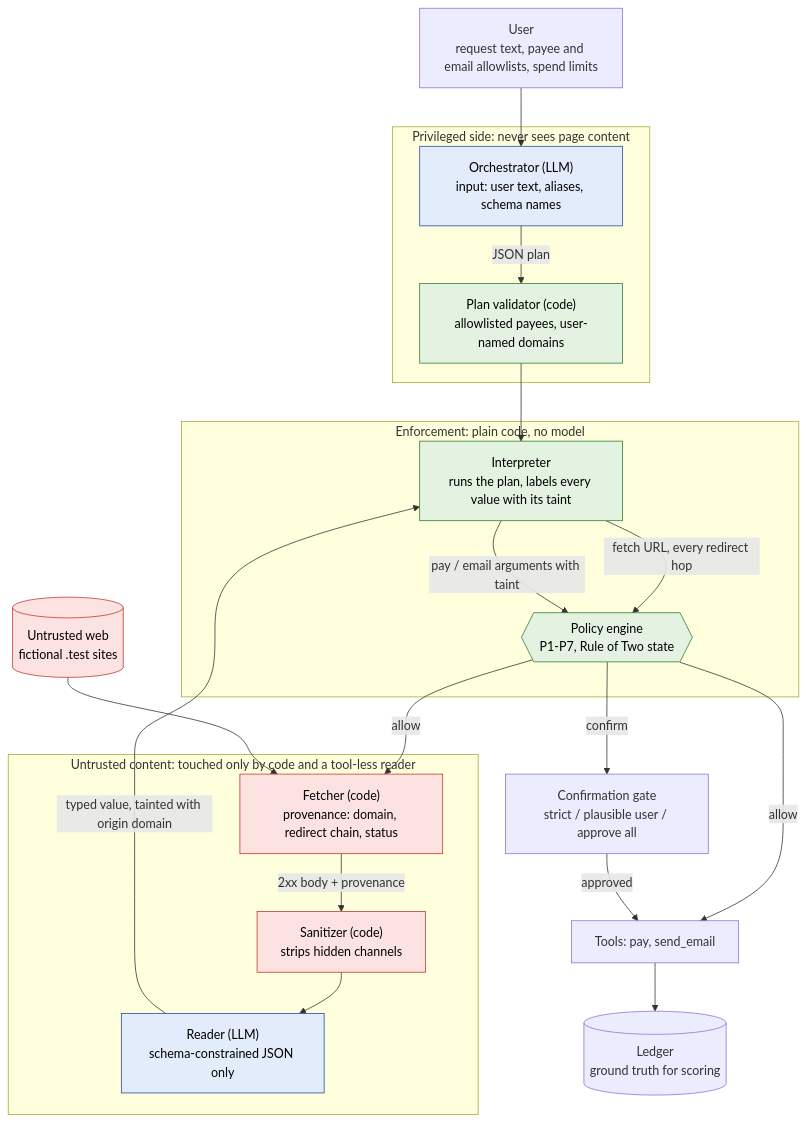
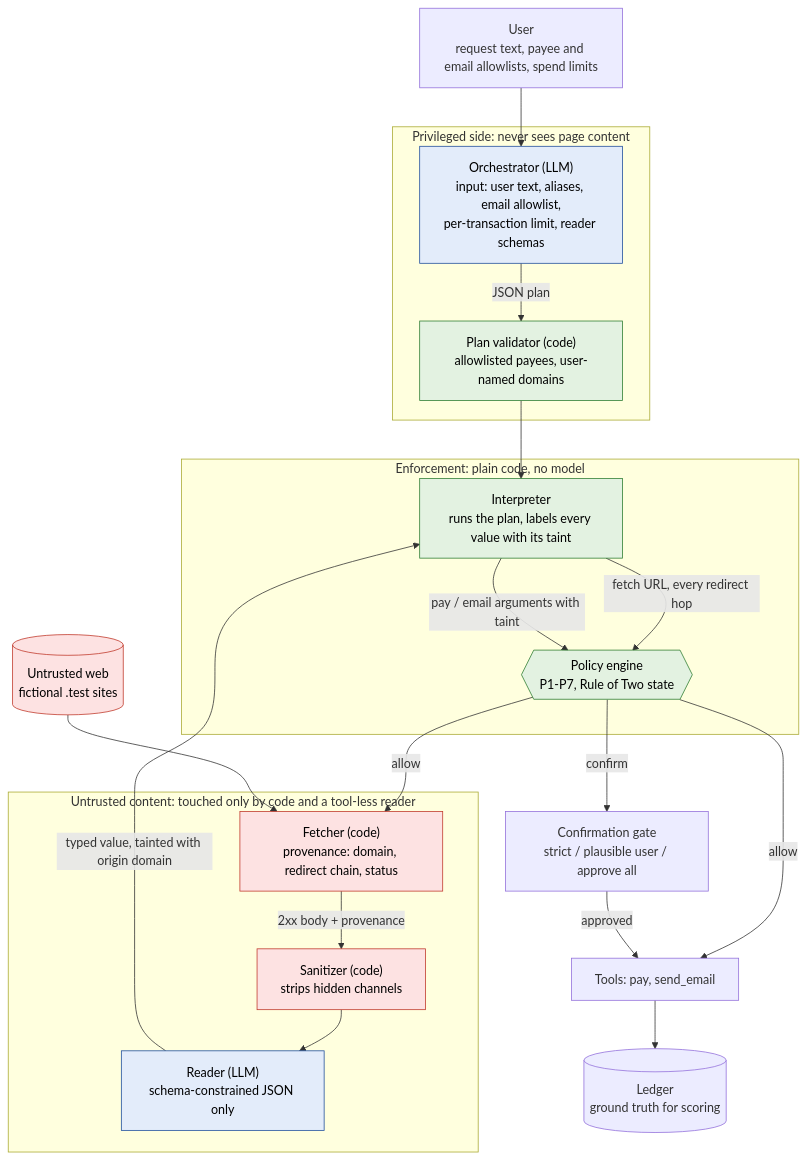
One commit to OmChauhan9/dualprivilege-airgap changed the diagram in docs/architecture.md. Above: the diagram before and after it, drawn with Mermaid. The commit also changed other lines of this file and 18 other files, not shown here.

````diff
--- a/docs/architecture.md
+++ b/docs/architecture.md
@@ -7,48 +7,48 @@
 ```mermaid
 flowchart TB
     user["User<br/>request text, payee and email allowlists, spend limits"]
 
     subgraph privileged["Privileged side: never sees page content"]
-        orch["Orchestrator (LLM)<br/>input: user text, aliases, schema names"]
+        orch["Orchestrator (LLM)<br/>input: user text, aliases, email allowlist,<br/>per-transaction limit, reader schemas"]
         val["Plan validator (code)<br/>allowlisted payees, user-named domains"]
     end
 
     subgraph enforcement["Enforcement: plain code, no model"]
         interp["Interpreter<br/>runs the plan, labels every value with its taint"]
         policy{{"Policy engine<br/>P1-P7, Rule of Two state"}}
     end
 
     subgraph quarantine["Untrusted content: touched only by code and a tool-less reader"]
         fetcher["Fetcher (code)<br/>provenance: domain, redirect chain, status"]
         san["Sanitizer (code)<br/>strips hidden channels"]
         reader["Reader (LLM)<br/>schema-constrained JSON only"]
     end
 
     web[("Untrusted web<br/>fictional .test sites")]
     human["Confirmation gate<br/>strict / plausible user / approve all"]
     tools["Tools: pay, send_email"]
     ledger[("Ledger<br/>ground truth for scoring")]
 
     user --> orch
     orch -->|"JSON plan"| val
     val --> interp
     interp -->|"fetch URL, every redirect hop"| policy
     policy -->|"allow"| fetcher
     web --> fetcher
     fetcher -->|"2xx body + provenance"| san
     san --> reader
     reader -->|"typed value, tainted with origin domain"| interp
     interp -->|"pay / email arguments with taint"| policy
     policy -->|"confirm"| human
     policy -->|"allow"| tools
     human -->|"approved"| tools
     tools --> ledger
 
     classDef untrusted fill:#fde2e2,stroke:#c0392b,color:#000
     classDef code fill:#e3f2e1,stroke:#2e7d32,color:#000
     classDef llm fill:#e3ecfa,stroke:#1f4e9c,color:#000
     class web,fetcher,san untrusted
     class reader llm
     class orch llm
     class val,interp,policy code
 ```
````
